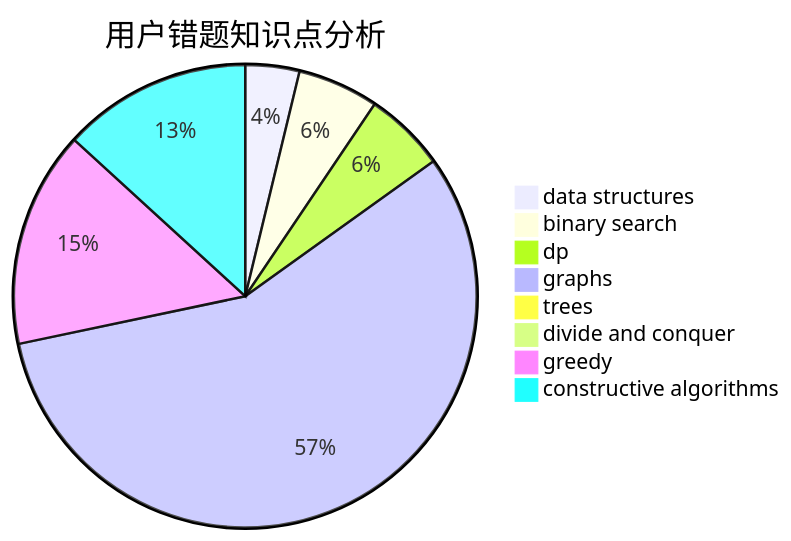
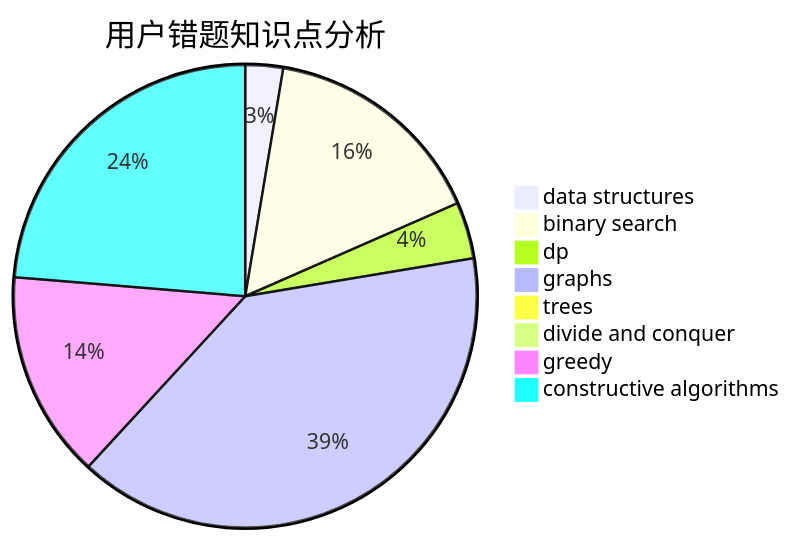
One commit to sherpahu/cfrs.github.io changed the third of 3 diagrams in docs/user/u2282.md. Above: the diagram before and after it, drawn with Mermaid. The commit also changed other lines of this file and 2770 other files, not shown here.

````diff
--- a/docs/user/u2282.md
+++ b/docs/user/u2282.md
@@ -36,11 +36,11 @@
 ```mermaid
 pie title 用户错题知识点分析
     "data structures" :  2
-    "binary search" :  3
+    "binary search" :  12
     "dp" :  3
     "graphs" :  30
     "trees" :  0
     "divide and conquer" :  0
-    "greedy" :  8
-    "constructive algorithms" :  7
+    "greedy" :  11
+    "constructive algorithms" :  18
 ```
````
